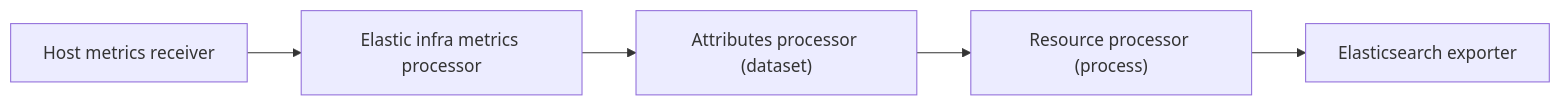
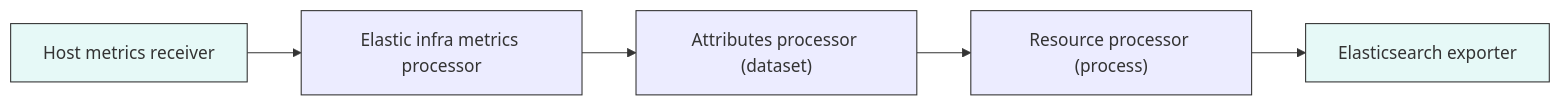
The first of 4 diagrams in docs/collector-components.md (elastic/opentelemetry), drawn with Mermaid before and after one commit. The commit also changed other lines of this file, not shown here.

Commit message:
fix diagrams

````diff
--- a/docs/collector-components.md
+++ b/docs/collector-components.md
@@ -14,9 +14,15 @@
 ```mermaid
 flowchart LR
     one["`Host metrics receiver`"]
     two["`Elastic infra metrics processor`"]
     three["`Attributes processor (dataset)`"]
     four["`Resource processor (process)`"]
     five["`Elasticsearch exporter`"]
     one --> two --> three --> four --> five
+
+    style one fill: #e6f9f7,stroke:#333,stroke-width:1px
+    style two fill: ##f8e9e9,stroke:#333,stroke-width:1px
+    style three fill: ##f8e9e9,stroke:#333,stroke-width:1px
+    style four fill: ##f8e9e9,stroke:#333,stroke-width:1px
+    style five fill:#e6f9f7,stroke:#333,stroke-width:1px
 ```
````
